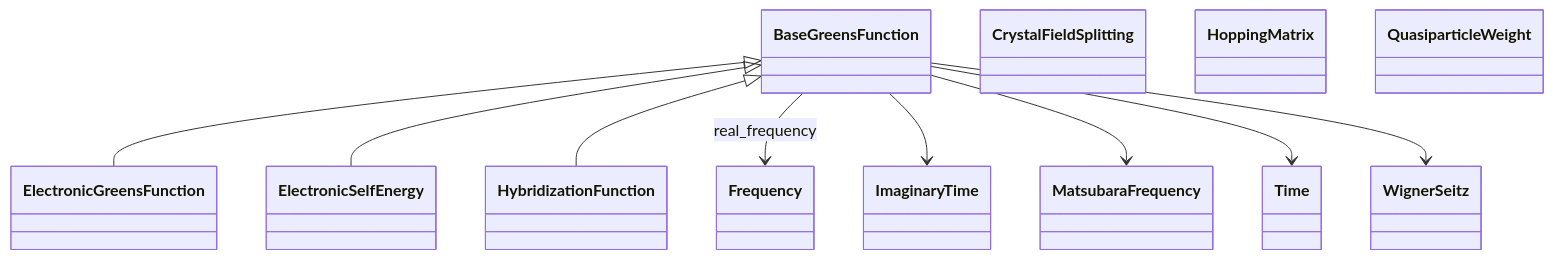
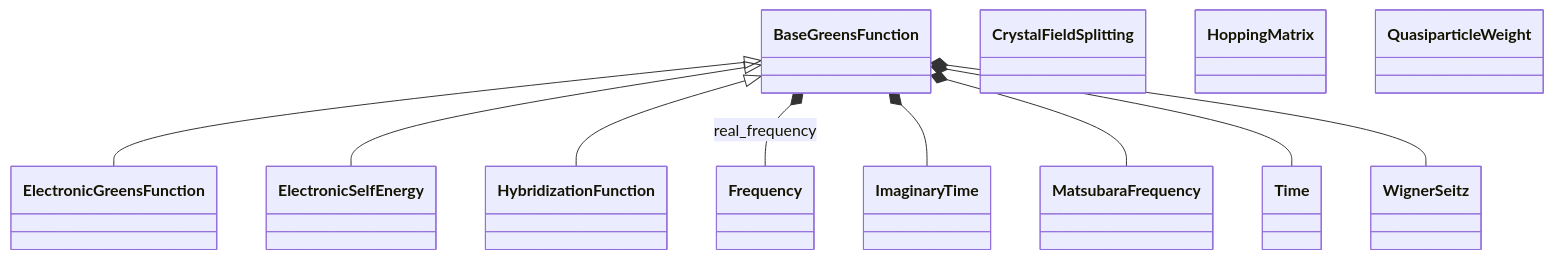
Before and after one commit to FAIRmat-NFDI/nomad-simulations: the diagram in docs/schema/manybody_properties.diagram.md, drawn with Mermaid. The commit also changed other lines of this file and 34 other files, not shown here.

````diff
--- a/docs/schema/manybody_properties.diagram.md
+++ b/docs/schema/manybody_properties.diagram.md
@@ -14,35 +14,35 @@
 ```mermaid
 classDiagram
     class BaseGreensFunction {
     }
     class CrystalFieldSplitting {
     }
     class ElectronicGreensFunction {
     }
     class ElectronicSelfEnergy {
     }
     class Frequency {
     }
     class HoppingMatrix {
     }
     class HybridizationFunction {
     }
     class ImaginaryTime {
     }
     class MatsubaraFrequency {
     }
     class QuasiparticleWeight {
     }
     class Time {
     }
     class WignerSeitz {
     }
     BaseGreensFunction <|-- ElectronicGreensFunction
     BaseGreensFunction <|-- ElectronicSelfEnergy
     BaseGreensFunction <|-- HybridizationFunction
-    BaseGreensFunction --> Frequency : real_frequency
-    BaseGreensFunction --> ImaginaryTime
-    BaseGreensFunction --> MatsubaraFrequency
-    BaseGreensFunction --> Time
-    BaseGreensFunction --> WignerSeitz
+    BaseGreensFunction *-- Frequency : real_frequency
+    BaseGreensFunction *-- ImaginaryTime
+    BaseGreensFunction *-- MatsubaraFrequency
+    BaseGreensFunction *-- Time
+    BaseGreensFunction *-- WignerSeitz
 ```
````
